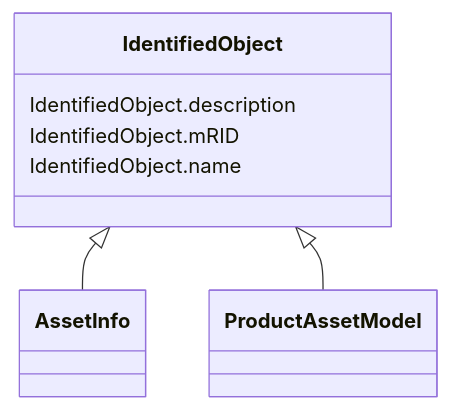
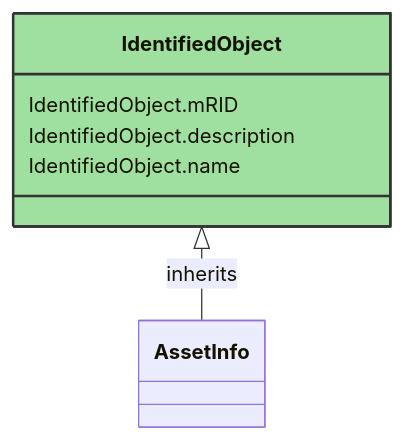
Before and after one commit to 3lbits/NoCIMExtensions: the diagram in docs/SubseaCableInfo/IdentifiedObject.md, drawn with Mermaid. The commit also changed other lines of this file and 212 other files, not shown here.

````diff
--- a/docs/SubseaCableInfo/IdentifiedObject.md
+++ b/docs/SubseaCableInfo/IdentifiedObject.md
@@ -18,17 +10,20 @@
 ```mermaid
- classDiagram
+classDiagram
     class IdentifiedObject
     click IdentifiedObject href "../IdentifiedObject"
-      IdentifiedObject <|-- AssetInfo
-        click AssetInfo href "../AssetInfo"
-      IdentifiedObject <|-- ProductAssetModel
-        click ProductAssetModel href "../ProductAssetModel"
-      
-      IdentifiedObject : IdentifiedObject.description
-        
-      IdentifiedObject : IdentifiedObject.mRID
-        
-      IdentifiedObject : IdentifiedObject.name
-        
-      
+    style IdentifiedObject fill:#9fdf9f,stroke:#333,stroke-width:2px,rx:10,ry:10
+
+        IdentifiedObject <|-- AssetInfo : inherits
+            click IdentifiedObject href "../IdentifiedObject"
+            style IdentifiedObject rx:10,ry:10
+
+        AssetInfo
+            click AssetInfo href "../AssetInfo"
+            style AssetInfo rx:10,ry:10
+
+
+
+        IdentifiedObject : IdentifiedObject.mRID
+        IdentifiedObject : IdentifiedObject.description
+        IdentifiedObject : IdentifiedObject.name
 ```
````
